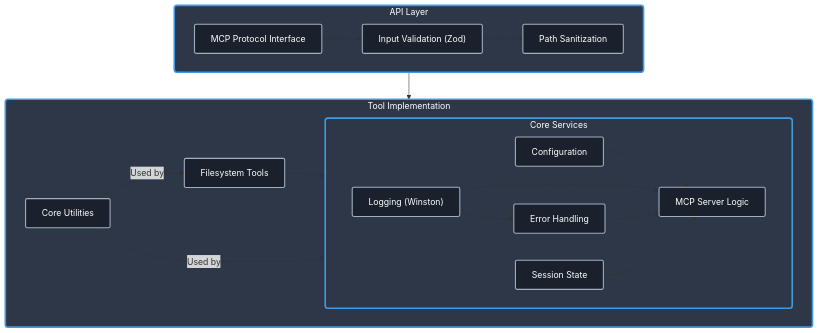
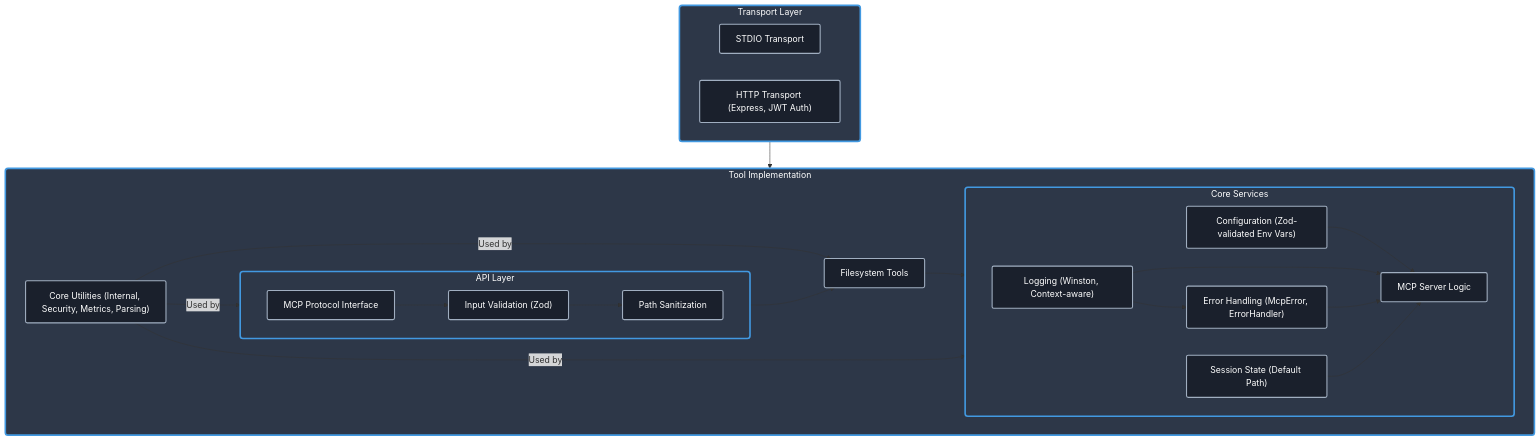
The diagram in README.md (sandraschi/filesystem-mcp-server), drawn with Mermaid before and after one commit. The commit also changed other lines of this file and 55 other files, not shown here.

First line of the commit message:
refactor(core): reorganize utils into submodules and update imports

````diff
--- a/README.md
+++ b/README.md
@@ -41,42 +41,50 @@
 ```mermaid
 flowchart TB
-    subgraph API["API Layer"]
+    subgraph TransportLayer["Transport Layer"]
+        direction LR
+        STDIO["STDIO Transport"]
+        HTTP["HTTP Transport (Express, JWT Auth)"]
+    end
+
+    subgraph APILayer["API Layer"]
         direction LR
         MCP["MCP Protocol Interface"]
         Val["Input Validation (Zod)"]
-        San["Path Sanitization"]
+        PathSan["Path Sanitization"]
 
-        MCP --> Val --> San
+        MCP --> Val --> PathSan
     end
 
-    subgraph Core["Core Services"]
+    subgraph CoreServices["Core Services"]
         direction LR
-        Config["Configuration"]
-        Logger["Logging (Winston)"]
-        Error["Error Handling"]
-        Server["MCP Server Logic"]
-        State["Session State"]
+        Config["Configuration (Zod-validated Env Vars)"]
+        Logger["Logging (Winston, Context-aware)"]
+        ErrorH["Error Handling (McpError, ErrorHandler)"]
+        ServerLogic["MCP Server Logic"]
+        State["Session State (Default Path)"]
 
-        Config --> Server
-        Logger --> Server & Error
-        Error --> Server
-        State --> Server
+        Config --> ServerLogic
+        Logger --> ServerLogic & ErrorH
+        ErrorH --> ServerLogic
+        State --> ServerLogic
     end
 
-    subgraph Implementation["Tool Implementation"]
+    subgraph ToolImpl["Tool Implementation"]
         direction LR
-        ToolLogic["Filesystem Tools"]
-        Utils["Core Utilities"]
+        FSTools["Filesystem Tools"]
+        Utils["Core Utilities (Internal, Security, Metrics, Parsing)"]
 
-        ToolLogic --> Server
-        Utils -- Used by --> ToolLogic
-        Utils -- Used by --> Core
+        FSTools --> ServerLogic
+        Utils -- Used by --> FSTools
+        Utils -- Used by --> CoreServices
+        Utils -- Used by --> APILayer
     end
 
-    San --> ToolLogic
+    TransportLayer --> MCP
+    PathSan --> FSTools
 
     classDef layer fill:#2d3748,stroke:#4299e1,stroke-width:3px,rx:5,color:#fff
     classDef component fill:#1a202c,stroke:#a0aec0,stroke-width:2px,rx:3,color:#fff
-    class API,Core,Implementation layer
-    class MCP,Val,San,Config,Logger,Error,Server,State,ToolLogic,Utils component
+    class TransportLayer,APILayer,CoreServices,ToolImpl layer
+    class STDIO,HTTP,MCP,Val,PathSan,Config,Logger,ErrorH,ServerLogic,State,FSTools,Utils component
 ```
````
